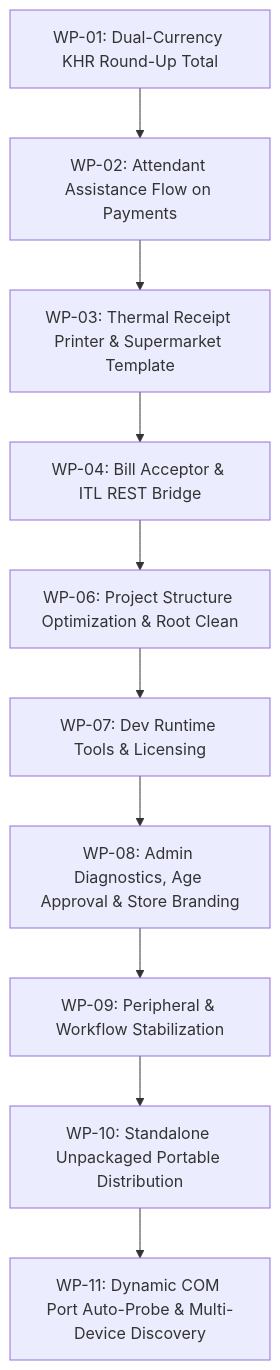
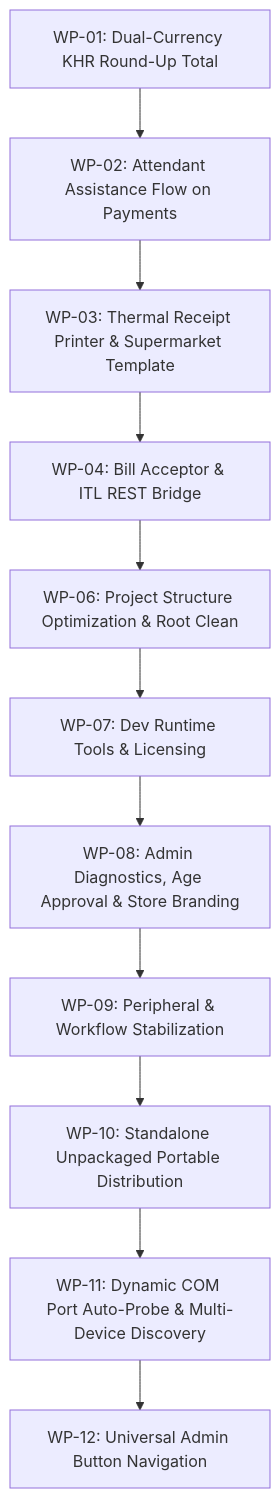
One commit to Thylyyong/testingCashRecycling changed the diagram in ENGINEERING_TASKS.md. Above: the diagram before and after it, drawn with Mermaid. The commit also changed other lines of this file and 18 other files, not shown here.

Commit message:
feat(ui): add universal admin button navigation across all customer views

````diff
--- a/ENGINEERING_TASKS.md
+++ b/ENGINEERING_TASKS.md
@@ -221,12 +239,13 @@
 ```mermaid
 graph TD
     A["WP-01: Dual-Currency KHR Round-Up Total"] --> B["WP-02: Attendant Assistance Flow on Payments"]
     B --> C["WP-03: Thermal Receipt Printer & Supermarket Template"]
     C --> D["WP-04: Bill Acceptor & ITL REST Bridge"]
     D --> E["WP-06: Project Structure Optimization & Root Clean"]
     E --> F["WP-07: Dev Runtime Tools & Licensing"]
     F --> G["WP-08: Admin Diagnostics, Age Approval & Store Branding"]
     G --> H["WP-09: Peripheral & Workflow Stabilization"]
     H --> I["WP-10: Standalone Unpackaged Portable Distribution"]
     I --> J["WP-11: Dynamic COM Port Auto-Probe & Multi-Device Discovery"]
+    J --> K["WP-12: Universal Admin Button Navigation"]
 ```
````
